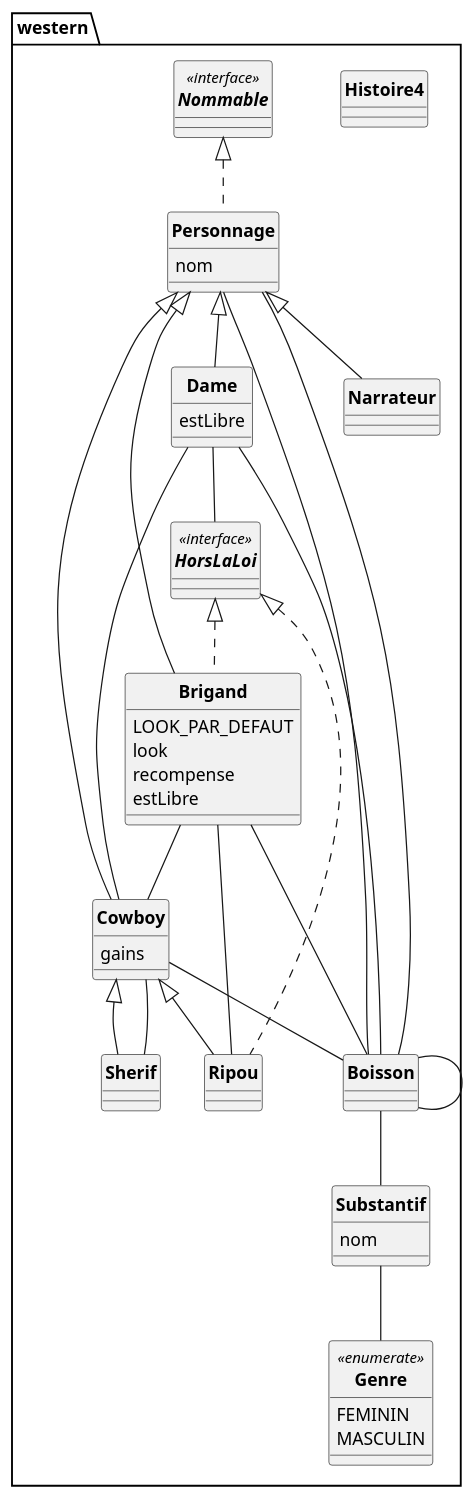
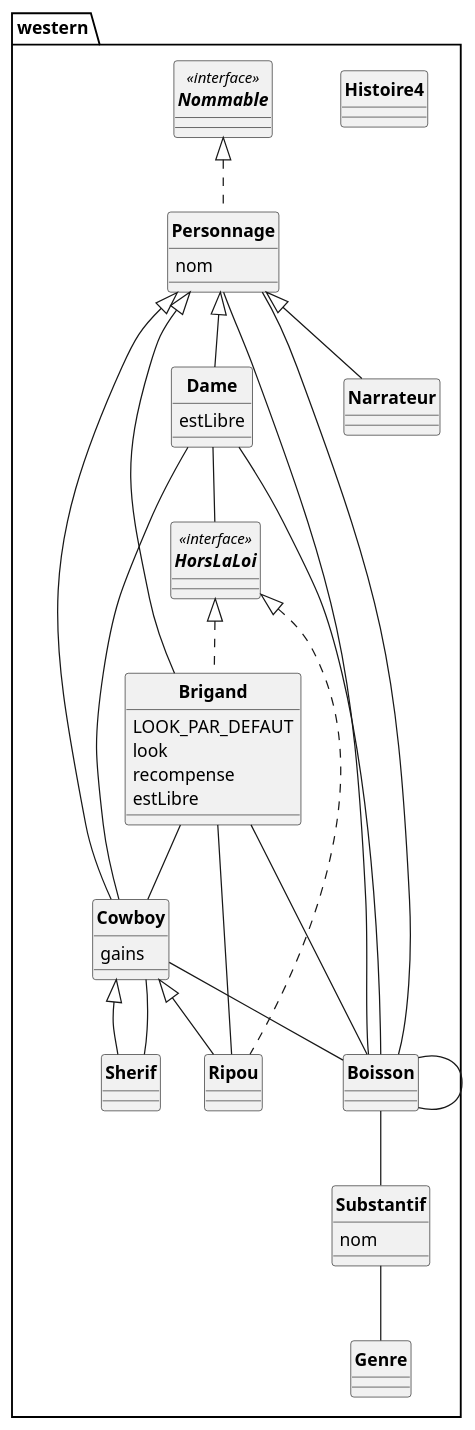
One commit to raphelSct/PUMLFromJavaAPI changed the diagram in uml/westernDCA.puml. Above: the diagram before and after it, drawn with PlantUML. The commit also changed 45 other files, not shown here.

```diff
--- a/uml/westernDCA.puml
+++ b/uml/westernDCA.puml
@@ -1,78 +1,74 @@
 @startuml
 skinparam style strictuml
 skinparam classFontStyle Bold
 skinparam classAttributeIconSize 0
 package western{
 class western.Boisson {
 }
 
 class western.Brigand {
 LOOK_PAR_DEFAUT
 look
 recompense
 estLibre
 }
 
 class western.Cowboy {
 gains
 }
 
 class western.Dame {
 estLibre
 }
 
 class western.Histoire4 {
 }
 
 class western.Narrateur {
 }
 
 class western.Personnage {
 nom
 }
 
 class western.Ripou {
 }
 
 class western.Sherif {
 }
 
 class western.Substantif {
 nom
 }
 
 interface western.HorsLaLoi <<interface>> {
 }
 
 interface western.Nommable <<interface>> {
 }
 
-enum western.Genre <<enumerate>> {
-FEMININ
-MASCULIN
-}
 
-western.HorsLaLoi <|.. western.Brigand
-western.Nommable <|.. western.Personnage
-western.HorsLaLoi <|.. western.Ripou
-western.Personnage <|-- western.Brigand
-western.Personnage <|-- western.Cowboy
-western.Personnage <|-- western.Dame
-western.Personnage <|-- western.Narrateur
-western.Cowboy <|-- western.Ripou
-western.Cowboy <|-- western.Sherif
 western.Boisson -- western.Substantif
 western.Boisson -- western.Boisson
 western.Brigand -- western.Cowboy
 western.Brigand -- western.Boisson
+western.HorsLaLoi <|.. western.Brigand
+western.Personnage <|-- western.Brigand
 western.Cowboy -- western.Boisson
+western.Personnage <|-- western.Cowboy
 western.Dame -- western.Cowboy
 western.Dame -- western.HorsLaLoi
 western.Dame -- western.Boisson
+western.Personnage <|-- western.Dame
+western.Personnage <|-- western.Narrateur
 western.Personnage -- western.Boisson
 western.Personnage -- western.Boisson
+western.Nommable <|.. western.Personnage
 western.Ripou -- western.Brigand
+western.HorsLaLoi <|.. western.Ripou
+western.Cowboy <|-- western.Ripou
 western.Sherif -- western.Cowboy
+western.Cowboy <|-- western.Sherif
 western.Substantif -- western.Genre
 }
 @enduml
```
